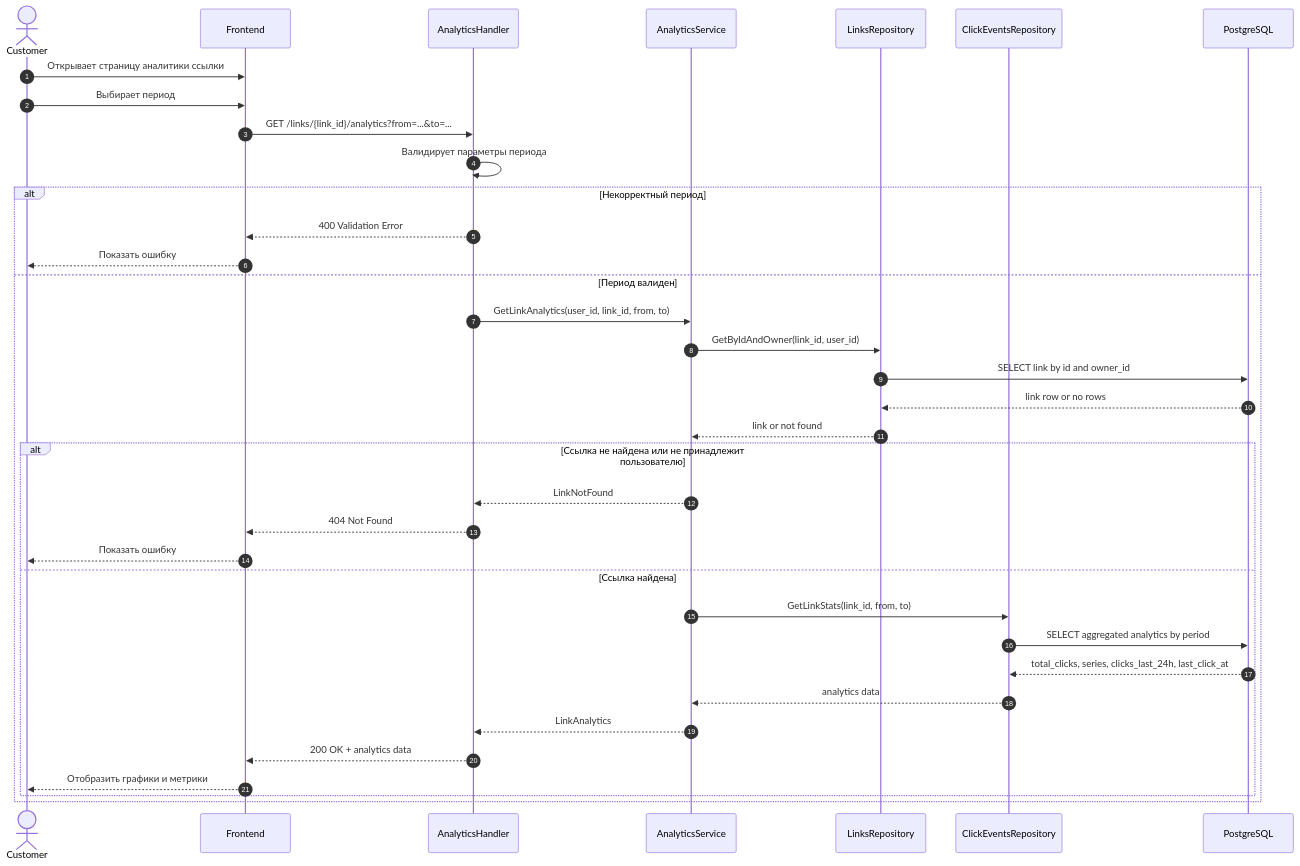
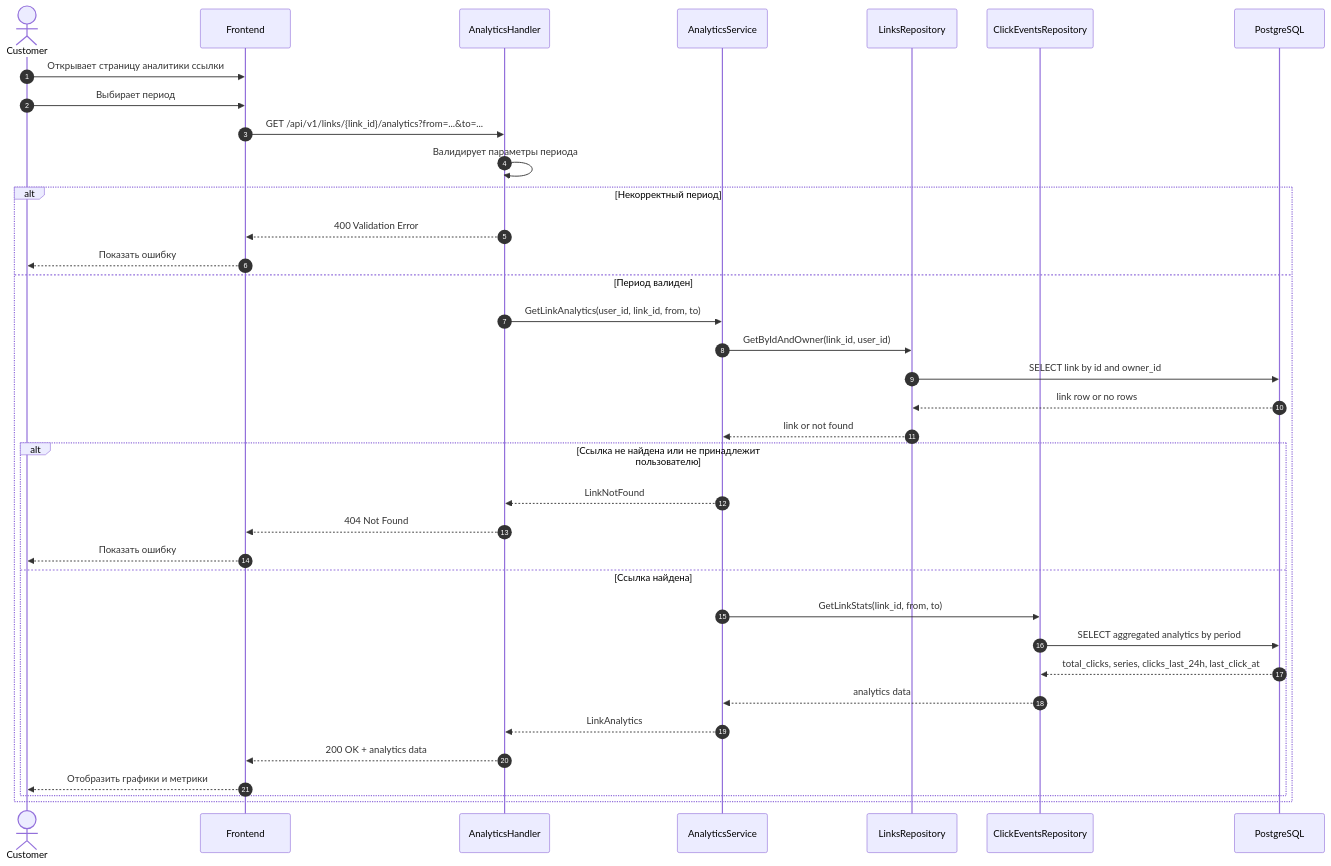
One commit to k3llone/TrackLink changed the diagram in docs/Sequence/SD-16.md. Above: the diagram before and after it, drawn with Mermaid. The commit also changed 33 other files, not shown here.

````diff
--- a/docs/Sequence/SD-16.md
+++ b/docs/Sequence/SD-16.md
@@ -3,44 +3,44 @@
 ```mermaid
 sequenceDiagram
     autonumber
 
     actor Customer
     participant FE as Frontend
     participant AH as AnalyticsHandler
     participant AS as AnalyticsService
     participant LR as LinksRepository
     participant CR as ClickEventsRepository
     participant DB as PostgreSQL
 
     Customer->>FE: Открывает страницу аналитики ссылки
     Customer->>FE: Выбирает период
-    FE->>AH: GET /links/{link_id}/analytics?from=...&to=...
+    FE->>AH: GET /api/v1/links/{link_id}/analytics?from=...&to=...
 
     AH->>AH: Валидирует параметры периода
     alt Некорректный период
         AH-->>FE: 400 Validation Error
         FE-->>Customer: Показать ошибку
     else Период валиден
         AH->>AS: GetLinkAnalytics(user_id, link_id, from, to)
 
         AS->>LR: GetByIdAndOwner(link_id, user_id)
         LR->>DB: SELECT link by id and owner_id
         DB-->>LR: link row or no rows
         LR-->>AS: link or not found
 
         alt Ссылка не найдена или не принадлежит пользователю
             AS-->>AH: LinkNotFound
             AH-->>FE: 404 Not Found
             FE-->>Customer: Показать ошибку
         else Ссылка найдена
             AS->>CR: GetLinkStats(link_id, from, to)
             CR->>DB: SELECT aggregated analytics by period
             DB-->>CR: total_clicks, series, clicks_last_24h, last_click_at
             CR-->>AS: analytics data
 
             AS-->>AH: LinkAnalytics
             AH-->>FE: 200 OK + analytics data
             FE-->>Customer: Отобразить графики и метрики
         end
     end
 ```
````
